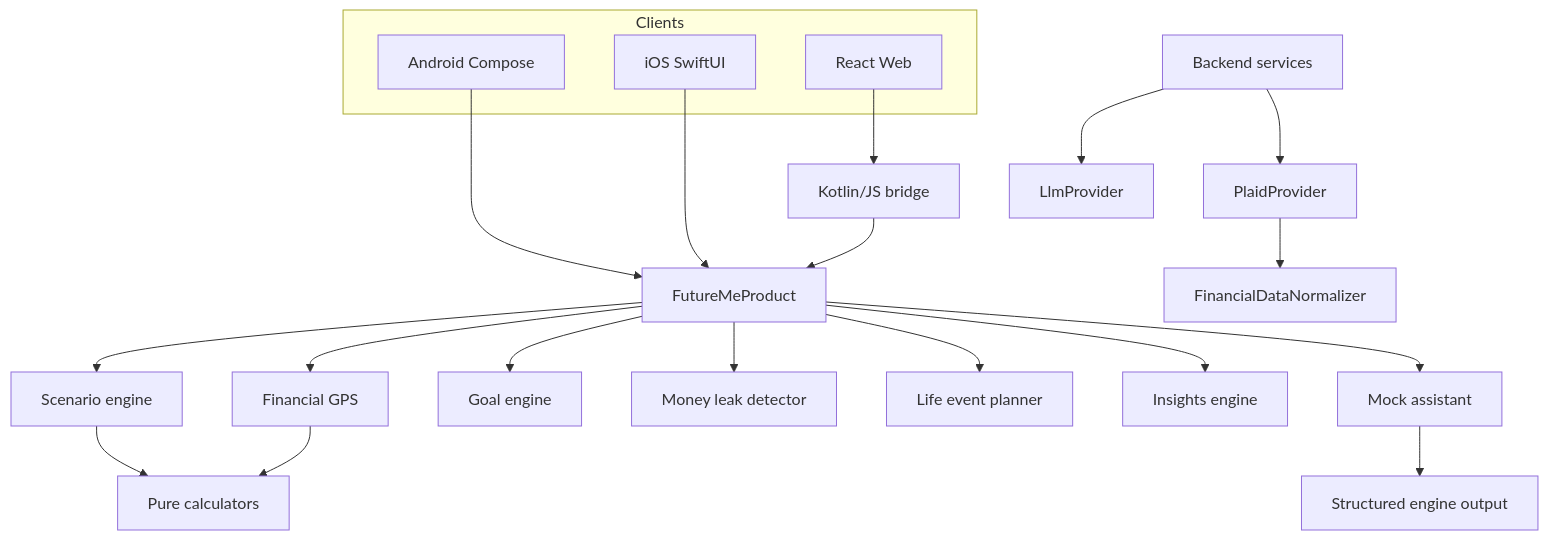
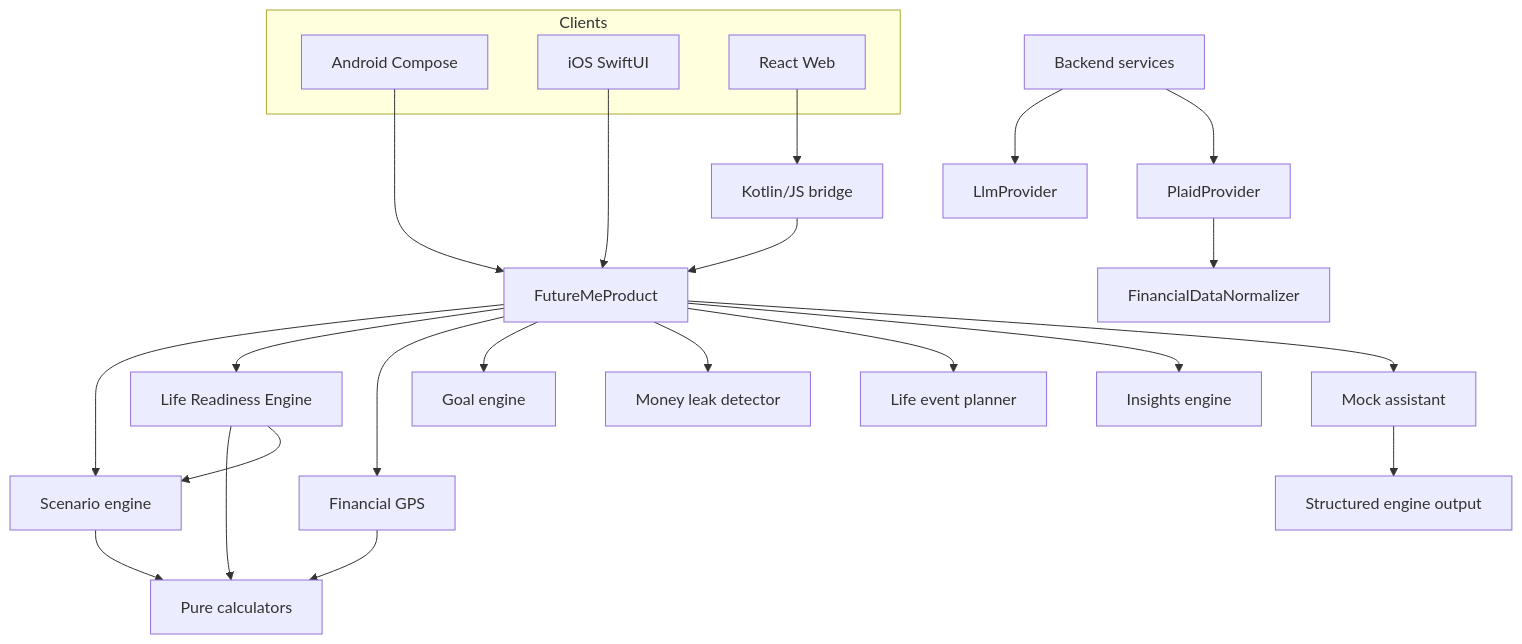
One commit to sagrawal2418/futureme-financial-ai changed the diagram in docs/architecture.md. Above: the diagram before and after it, drawn with Mermaid. The commit also changed other lines of this file and 32 other files, not shown here.

Commit message:
feat: add life readiness platform v3 (#2)

````diff
--- a/docs/architecture.md
+++ b/docs/architecture.md
@@ -30,28 +31,31 @@
 ```mermaid
 flowchart TB
     subgraph Clients
         A["Android Compose"]
         I["iOS SwiftUI"]
         W["React Web"]
     end
 
     A --> P["FutureMeProduct"]
     I --> P
     W --> J["Kotlin/JS bridge"] --> P
 
     P --> S["Scenario engine"]
+    P --> R["Life Readiness Engine"]
     P --> G["Financial GPS"]
     P --> GO["Goal engine"]
     P --> M["Money leak detector"]
     P --> L["Life event planner"]
     P --> IN["Insights engine"]
     P --> AI["Mock assistant"]
 
     S --> C["Pure calculators"]
+    R --> C
+    R --> S
     G --> C
     AI --> OUT["Structured engine output"]
 
     B["Backend services"] --> LP["LlmProvider"]
     B --> PP["PlaidProvider"]
     PP --> N["FinancialDataNormalizer"]
 ```
````
